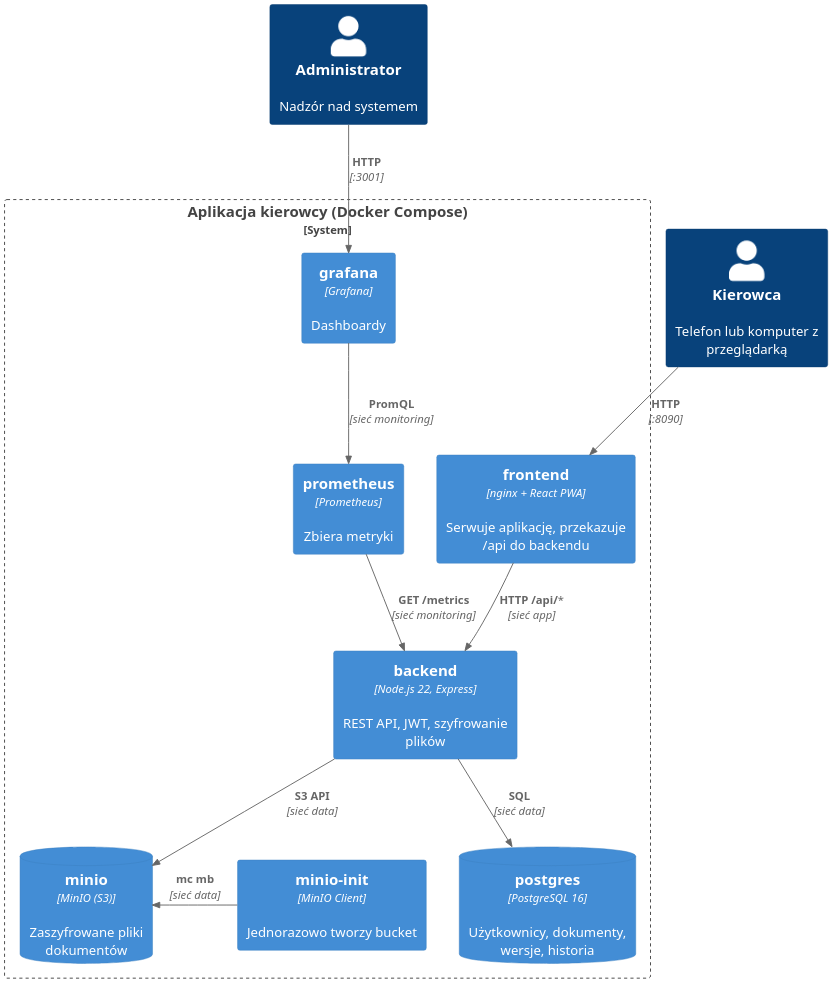
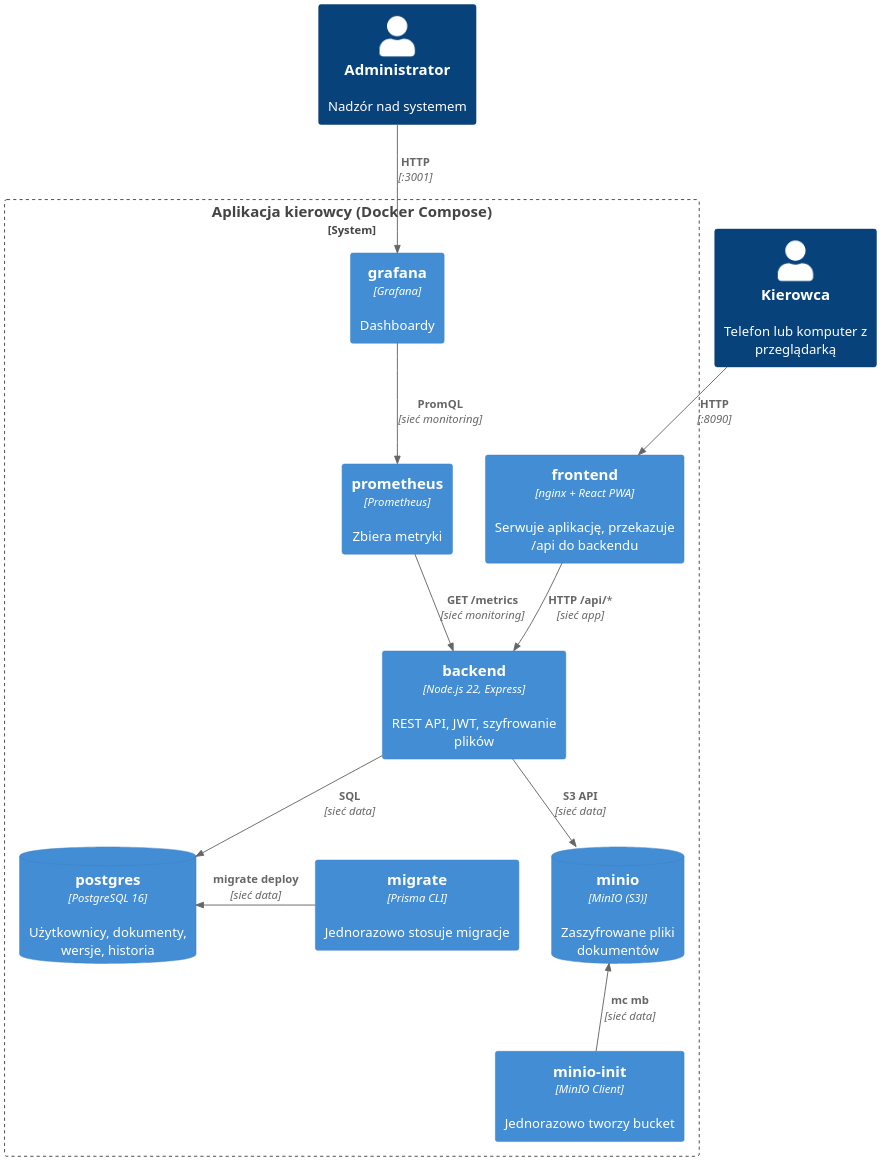
The diagram in docs/diagramy/kontenery.puml (firomi123/JEE_Projekt_PR_122217), drawn with PlantUML before and after one commit. The commit also changed 45 other files, not shown here.

```diff
--- a/docs/diagramy/kontenery.puml
+++ b/docs/diagramy/kontenery.puml
@@ -1,29 +1,31 @@
 @startuml kontenery
-' Diagram kontenerów (model C4) – Aplikacja kierowcy, Etap 2
+' Diagram kontenerów (model C4) – Aplikacja kierowcy
 !include <C4/C4_Container>
 skinparam dpi 200
 LAYOUT_TOP_DOWN()
 HIDE_STEREOTYPE()
 
 Person(kierowca, "Kierowca", "Telefon lub komputer z przeglądarką")
 Person(admin, "Administrator", "Nadzór nad systemem")
 
 System_Boundary(system, "Aplikacja kierowcy (Docker Compose)") {
   Container(frontend, "frontend", "nginx + React PWA", "Serwuje aplikację, przekazuje /api do backendu")
   Container(backend, "backend", "Node.js 22, Express", "REST API, JWT, szyfrowanie plików")
   ContainerDb(postgres, "postgres", "PostgreSQL 16", "Użytkownicy, dokumenty, wersje, historia")
   ContainerDb(minio, "minio", "MinIO (S3)", "Zaszyfrowane pliki dokumentów")
   Container(minioinit, "minio-init", "MinIO Client", "Jednorazowo tworzy bucket")
+  Container(migrate, "migrate", "Prisma CLI", "Jednorazowo stosuje migracje")
   Container(prometheus, "prometheus", "Prometheus", "Zbiera metryki")
   Container(grafana, "grafana", "Grafana", "Dashboardy")
 }
 
 Rel(kierowca, frontend, "HTTP", ":8090")
 Rel(frontend, backend, "HTTP /api/*", "sieć app")
 Rel(backend, postgres, "SQL", "sieć data")
 Rel(backend, minio, "S3 API", "sieć data")
-Rel_L(minioinit, minio, "mc mb", "sieć data")
+Rel_U(minioinit, minio, "mc mb", "sieć data")
+Rel_L(migrate, postgres, "migrate deploy", "sieć data")
 Rel(prometheus, backend, "GET /metrics", "sieć monitoring")
 Rel(grafana, prometheus, "PromQL", "sieć monitoring")
 Rel(admin, grafana, "HTTP", ":3001")
 @enduml
```
